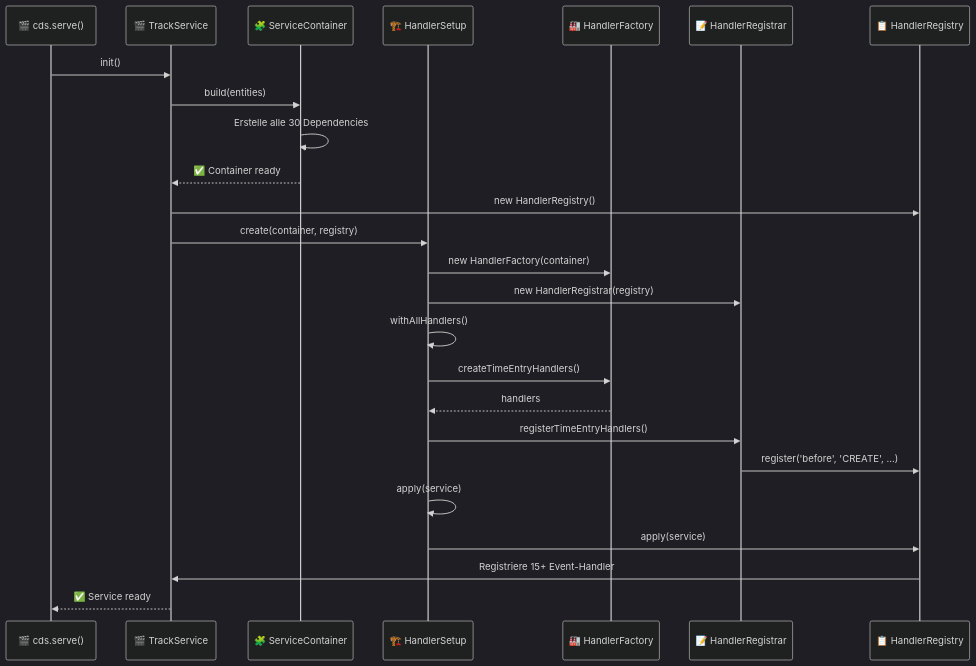
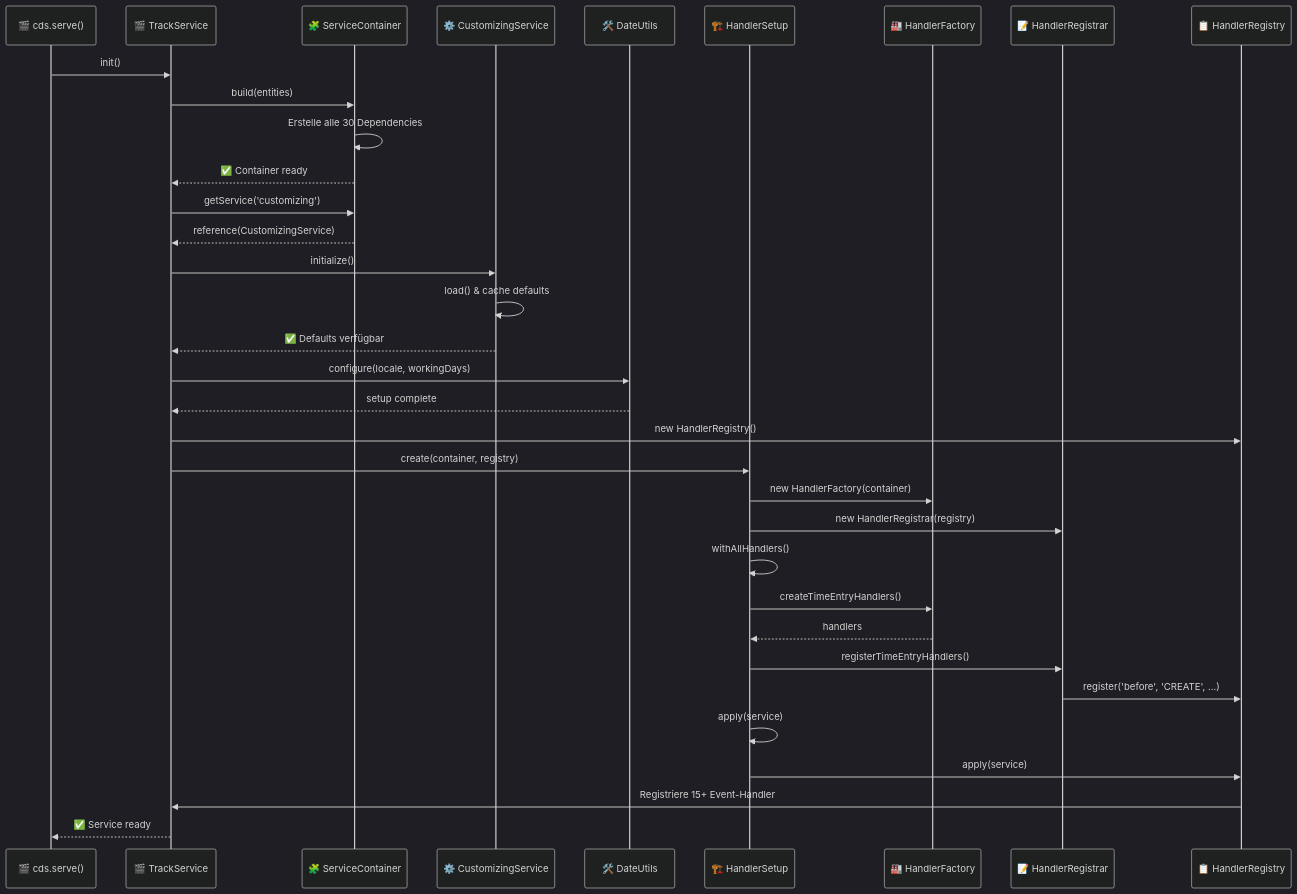
One commit to nimble-123/cap-fiori-timetracking changed the fourth of 7 diagrams in docs/ARCHITECTURE.md. Above: the diagram before and after it, drawn with Mermaid (dark theme). The commit also changed other lines of this file and 2 other files, not shown here.

Commit message:
feat: Update architecture documentation to include Customizing Singleton for global defaults

````diff
--- a/docs/ARCHITECTURE.md
+++ b/docs/ARCHITECTURE.md
@@ -473,32 +473,42 @@
 ```mermaid
 sequenceDiagram
   participant Main as 🎬 cds.serve()
   participant SVC as 🎬 TrackService
   participant CONTAINER as 🧩 ServiceContainer
+  participant CUSTOM as ⚙️ CustomizingService
+  participant DATE as 🛠️ DateUtils
   participant SETUP as 🏗️ HandlerSetup
   participant FACTORY as 🏭 HandlerFactory
   participant REGISTRAR as 📝 HandlerRegistrar
   participant REG as 📋 HandlerRegistry
 
   Main->>SVC: init()
   SVC->>CONTAINER: build(entities)
   CONTAINER->>CONTAINER: Erstelle alle 30 Dependencies
   CONTAINER-->>SVC: ✅ Container ready
+
+  SVC->>CONTAINER: getService('customizing')
+  CONTAINER-->>SVC: reference(CustomizingService)
+  SVC->>CUSTOM: initialize()
+  CUSTOM->>CUSTOM: load() & cache defaults
+  CUSTOM-->>SVC: ✅ Defaults verfügbar
+  SVC->>DATE: configure(locale, workingDays)
+  DATE-->>SVC: setup complete
 
   SVC->>REG: new HandlerRegistry()
   SVC->>SETUP: create(container, registry)
   SETUP->>FACTORY: new HandlerFactory(container)
   SETUP->>REGISTRAR: new HandlerRegistrar(registry)
 
   SETUP->>SETUP: withAllHandlers()
   SETUP->>FACTORY: createTimeEntryHandlers()
   FACTORY-->>SETUP: handlers
   SETUP->>REGISTRAR: registerTimeEntryHandlers()
   REGISTRAR->>REG: register('before', 'CREATE', ...)
 
   SETUP->>SETUP: apply(service)
   SETUP->>REG: apply(service)
   REG->>SVC: Registriere 15+ Event-Handler
 
   SVC-->>Main: ✅ Service ready
 ```
````
